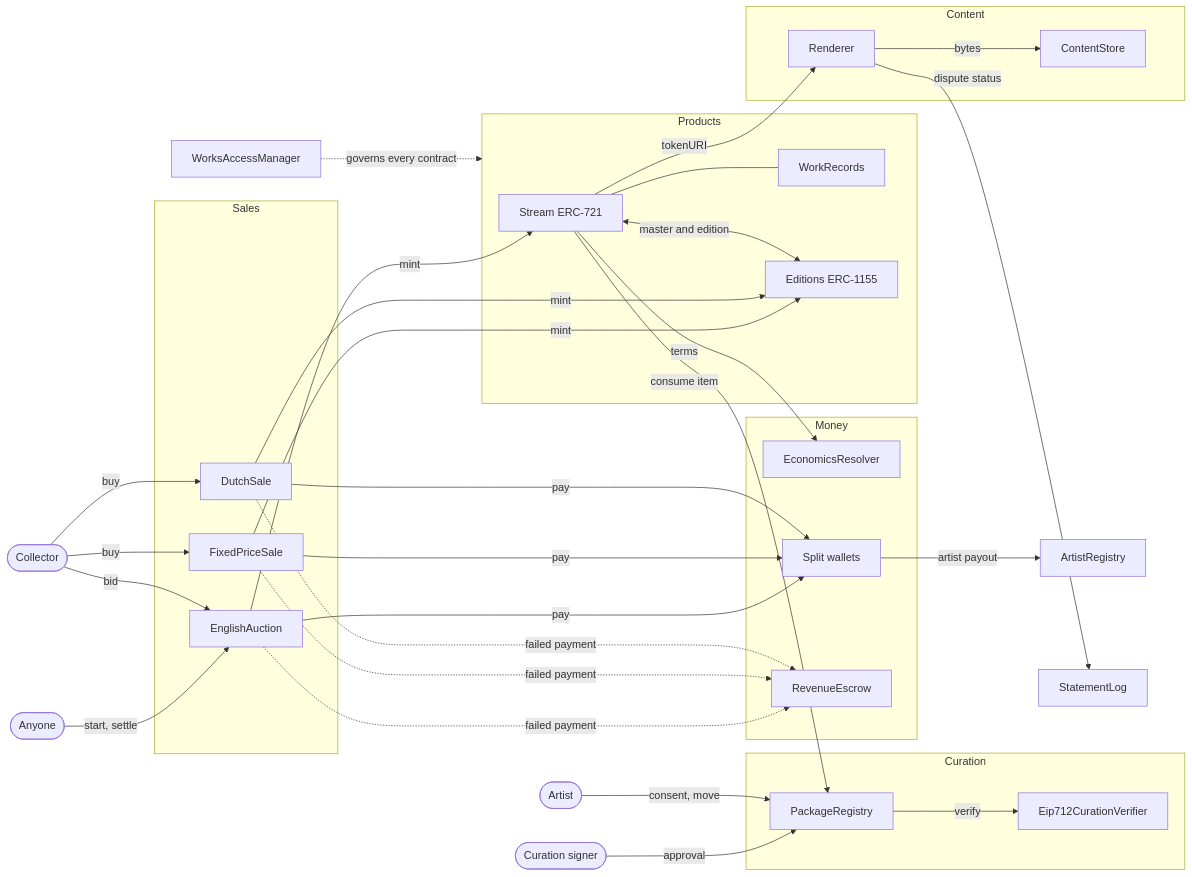
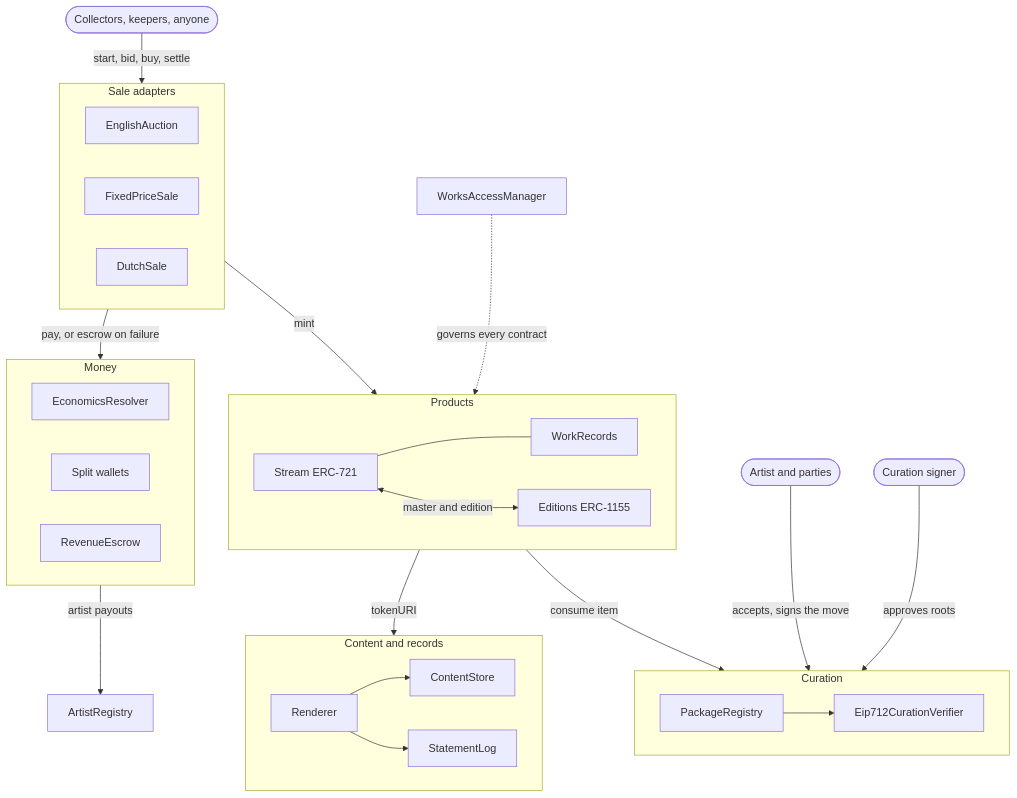
Before and after one commit to 6529-Collections/6529-works: the diagram in README.md, drawn with Mermaid.

Commit message:
README: a top-down architecture diagram that stays legible at GitHub's width

````diff
--- a/README.md
+++ b/README.md
@@ -21,54 +21,45 @@
 ```mermaid
-flowchart LR
-    Artist([Artist])
+flowchart TB
+    Artist([Artist and parties])
     Signer([Curation signer])
-    Collector([Collector])
-    Anyone([Anyone])
+    Buyers([Collectors, keepers, anyone])
 
     subgraph Curation
-        PR[PackageRegistry]
-        CV[Eip712CurationVerifier]
+        direction LR
+        PR[PackageRegistry] --> CV[Eip712CurationVerifier]
     end
-    subgraph Sales
+    subgraph Sales [Sale adapters]
+        direction LR
         EA[EnglishAuction]
         FP[FixedPriceSale]
         DS[DutchSale]
     end
     subgraph Products
-        S[Stream ERC-721]
-        WR[WorkRecords]
-        E[Editions ERC-1155]
+        direction LR
+        S[Stream ERC-721] --- WR[WorkRecords]
+        S <-->|master and edition| E[Editions ERC-1155]
     end
     subgraph Money
+        direction LR
         ER[EconomicsResolver]
         SW[Split wallets]
         RE[RevenueEscrow]
     end
-    subgraph Content
-        CS[ContentStore]
-        R[Renderer]
+    subgraph Content [Content and records]
+        direction LR
+        R[Renderer] --> CS[ContentStore]
+        R --> SL[StatementLog]
     end
     AR[ArtistRegistry]
-    SL[StatementLog]
     AM[WorksAccessManager]
 
-    Signer -->|approval| PR
-    Artist -->|consent, move| PR
-    PR -->|verify| CV
-    Anyone -->|start, settle| EA
-    Collector -->|bid| EA
-    Collector -->|buy| FP & DS
-    EA -->|mint| S
-    FP & DS -->|mint| E
-    S -->|consume item| PR
-    S <-->|master and edition| E
-    S --- WR
-    S -->|terms| ER
-    EA & FP & DS -->|pay| SW
-    EA & FP & DS -.->|failed payment| RE
-    SW -->|artist payout| AR
-    S -->|tokenURI| R
-    R -->|bytes| CS
-    R -->|dispute status| SL
+    Signer -->|approves roots| Curation
+    Artist -->|accepts, signs the move| Curation
+    Buyers -->|start, bid, buy, settle| Sales
+    Sales -->|mint| Products
+    Products -->|consume item| Curation
+    Sales -->|pay, or escrow on failure| Money
+    Products -->|tokenURI| Content
+    Money -->|artist payouts| AR
     AM -.->|governs every contract| Products
 ```
````
